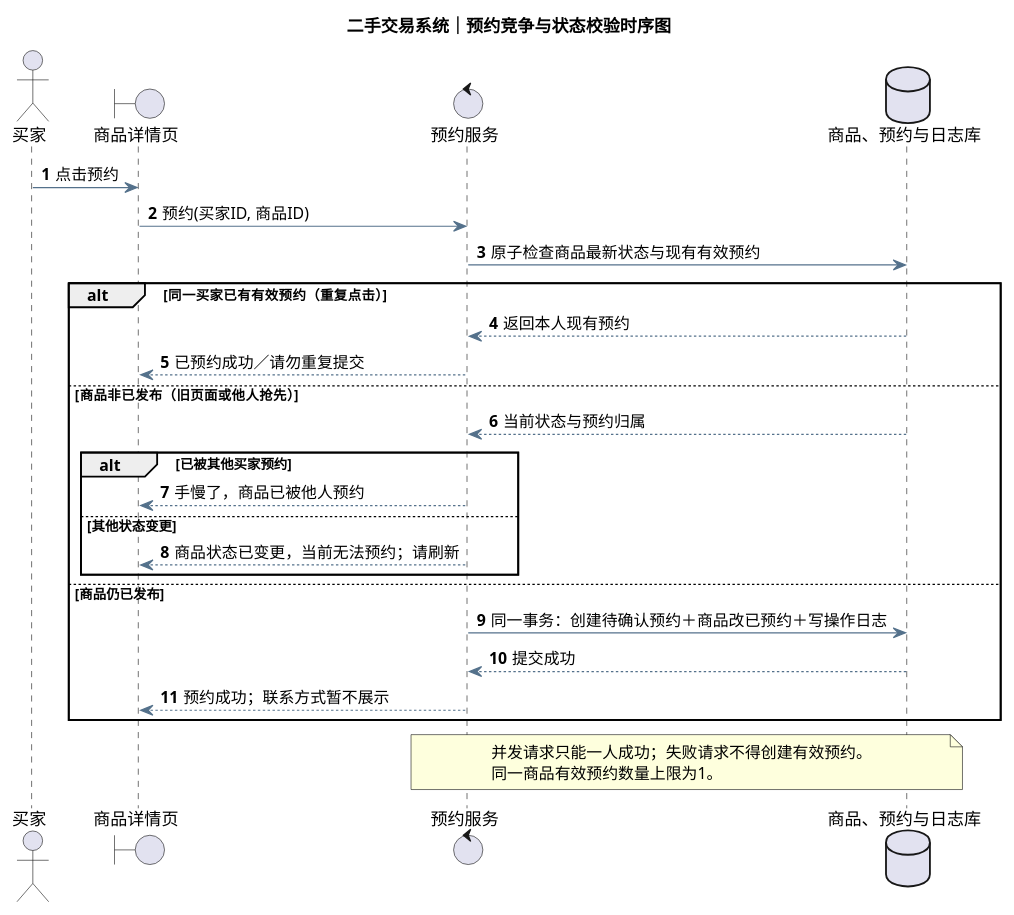
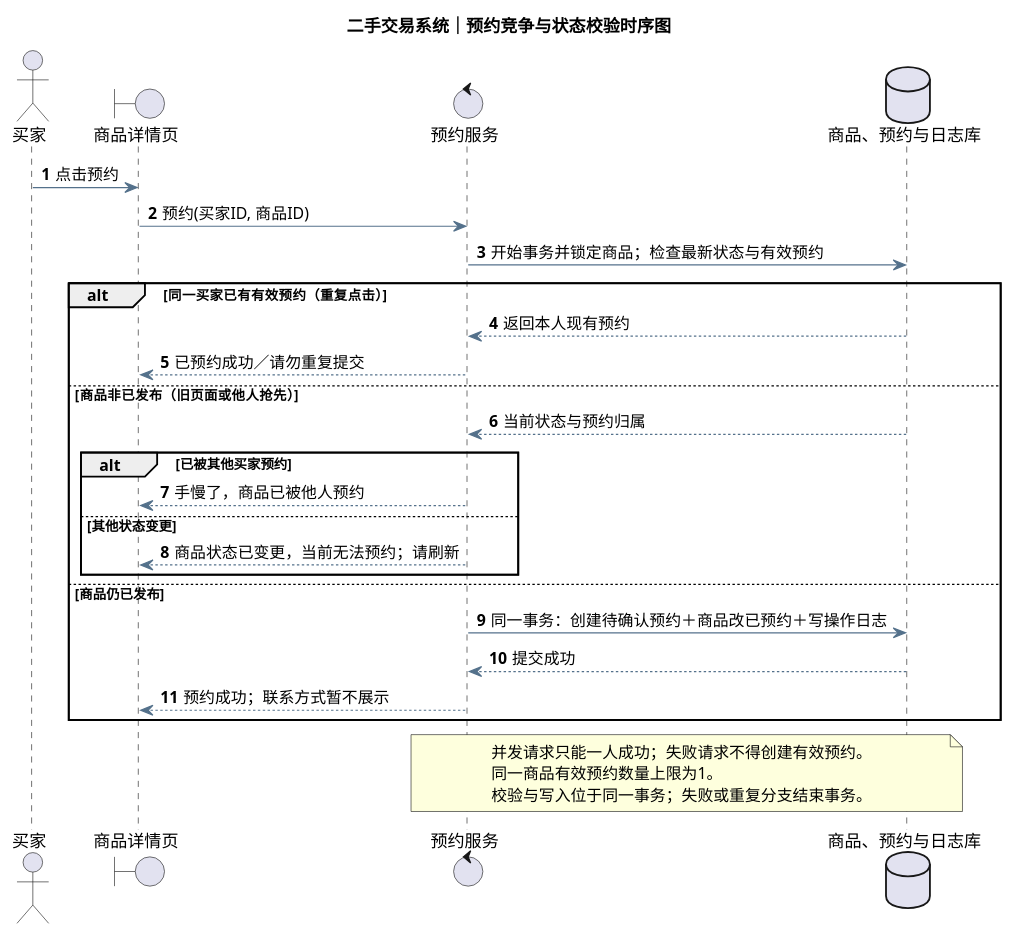
The diagram in 实验二/UML/UML时序图.puml (wxdwxdwxdzxzx/software-engineering-labs), drawn with PlantUML before and after one commit. The commit also changed 5 other files, not shown here.

```diff
--- a/实验二/UML/UML时序图.puml
+++ b/实验二/UML/UML时序图.puml
@@ -1,37 +1,38 @@
 @startuml
 title 二手交易系统｜预约竞争与状态校验时序图
 skinparam defaultFontName Microsoft YaHei
 skinparam backgroundColor #FFFFFF
 skinparam sequenceParticipantBackgroundColor #F3F8FC
 skinparam sequenceParticipantBorderColor #355C7D
 skinparam ArrowColor #54718B
 skinparam shadowing false
 autonumber
 actor 买家
 boundary 商品详情页 as UI
 control 预约服务 as Service
 database "商品、预约与日志库" as DB
 
 买家 -> UI : 点击预约
 UI -> Service : 预约(买家ID, 商品ID)
-Service -> DB : 原子检查商品最新状态与现有有效预约
+Service -> DB : 开始事务并锁定商品；检查最新状态与有效预约
 alt 同一买家已有有效预约（重复点击）
   DB --> Service : 返回本人现有预约
   Service --> UI : 已预约成功／请勿重复提交
 else 商品非已发布（旧页面或他人抢先）
   DB --> Service : 当前状态与预约归属
   alt 已被其他买家预约
     Service --> UI : 手慢了，商品已被他人预约
   else 其他状态变更
     Service --> UI : 商品状态已变更，当前无法预约；请刷新
   end
 else 商品仍已发布
   Service -> DB : 同一事务：创建待确认预约＋商品改已预约＋写操作日志
   DB --> Service : 提交成功
   Service --> UI : 预约成功；联系方式暂不展示
 end
 note over Service,DB
   并发请求只能一人成功；失败请求不得创建有效预约。
   同一商品有效预约数量上限为1。
+  校验与写入位于同一事务；失败或重复分支结束事务。
 end note
 @enduml
```
